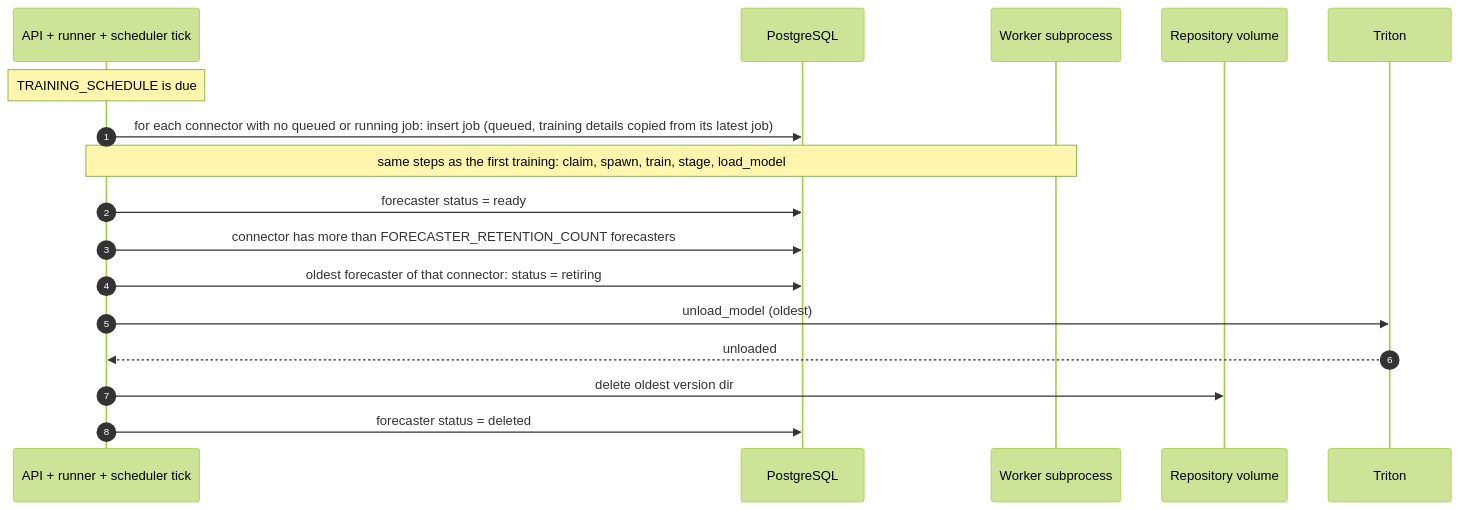
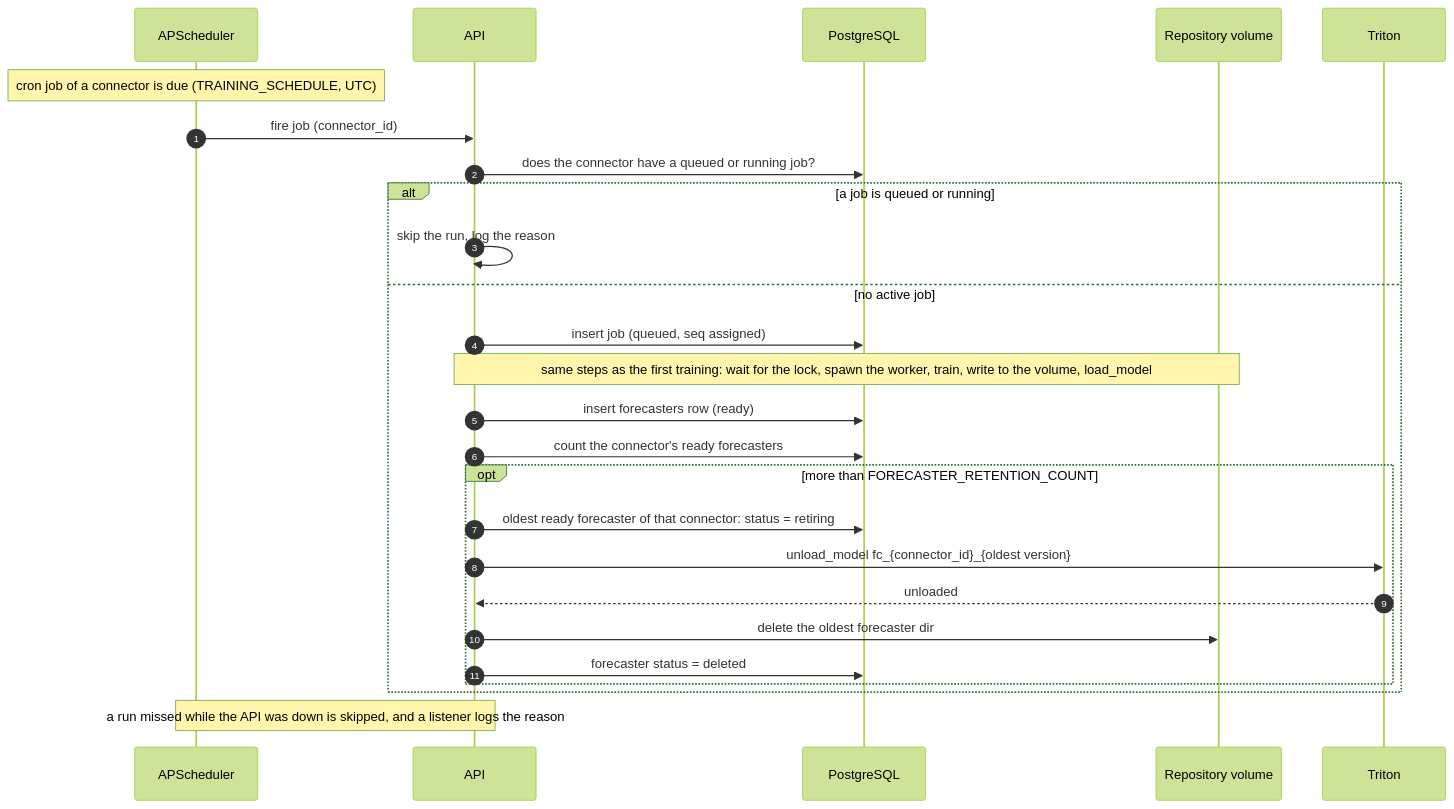
Before and after one commit to IBM/project-ai-services: the third of 3 diagrams in docs/proposals/forecast_service_proposal.md, drawn with Mermaid (forest theme). The commit also changed other lines of this file, not shown here.

````diff
--- a/docs/proposals/forecast_service_proposal.md
+++ b/docs/proposals/forecast_service_proposal.md
@@ -622,22 +647,32 @@
 ```mermaid
 sequenceDiagram
     autonumber
-    participant A as API + runner + scheduler tick
+    participant P as APScheduler
+    participant A as API
     participant DB as PostgreSQL
-    participant W as Worker subprocess
     participant V as Repository volume
     participant T as Triton
 
-    Note over A: TRAINING_SCHEDULE is due
-    A->>DB: for each connector with no queued or running job: insert job (queued, training details copied from its latest job)
+    Note over P: cron job of a connector is due (TRAINING_SCHEDULE, UTC)
+    P->>A: fire job (connector_id)
+    A->>DB: does the connector have a queued or running job?
 
-    Note over A,W: same steps as the first training: claim, spawn, train, stage, load_model
-    A->>DB: forecaster status = ready
+    alt a job is queued or running
+        A->>A: skip the run, log the reason
+    else no active job
+        A->>DB: insert job (queued, seq assigned)
+        Note over A,V: same steps as the first training: wait for the lock, spawn the worker, train, write to the volume, load_model
+        A->>DB: insert forecasters row (ready)
 
-    A->>DB: connector has more than FORECASTER_RETENTION_COUNT forecasters
-    A->>DB: oldest forecaster of that connector: status = retiring
-    A->>T: unload_model (oldest)
-    T-->>A: unloaded
-    A->>V: delete oldest version dir
-    A->>DB: forecaster status = deleted
+        A->>DB: count the connector's ready forecasters
+        opt more than FORECASTER_RETENTION_COUNT
+            A->>DB: oldest ready forecaster of that connector: status = retiring
+            A->>T: unload_model fc_{connector_id}_{oldest version}
+            T-->>A: unloaded
+            A->>V: delete the oldest forecaster dir
+            A->>DB: forecaster status = deleted
+        end
+    end
+
+    Note over P,A: a run missed while the API was down is skipped, and a listener logs the reason
 ```
````
